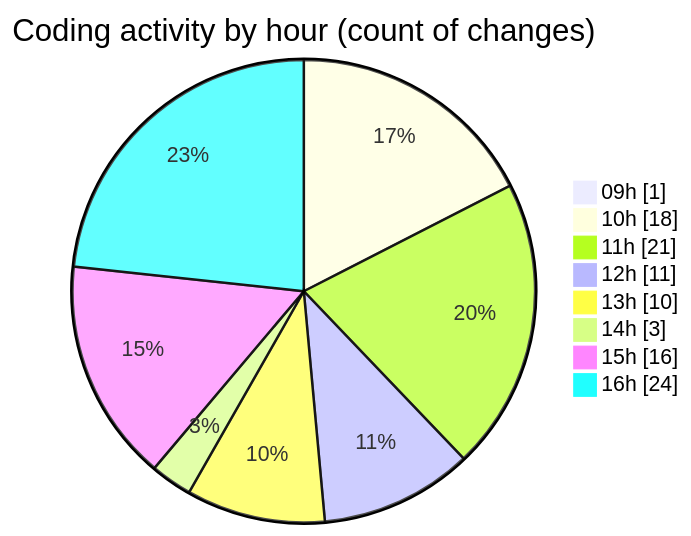
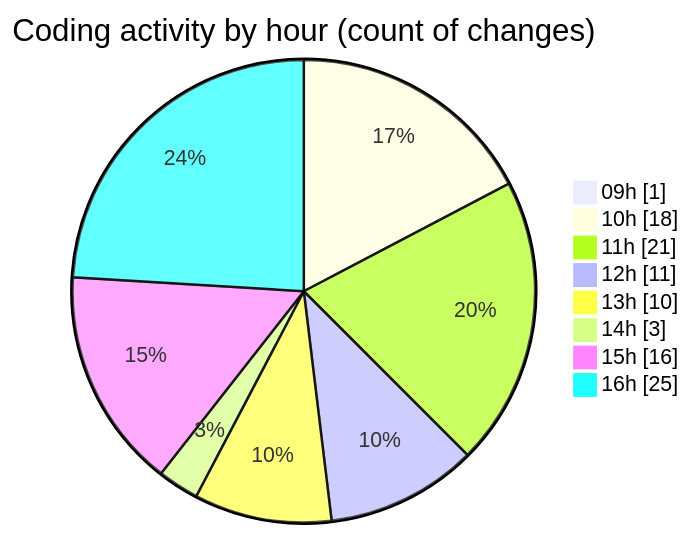
One commit to momahboobian/code-tracking changed the second of 2 diagrams in 2026-08-11/cda/README.md. Above: the diagram before and after it, drawn with Mermaid. The commit also changed other lines of this file and 1 other file, not shown here.

````diff
--- a/2026-08-11/cda/README.md
+++ b/2026-08-11/cda/README.md
@@ -73,12 +74,12 @@
 ```mermaid
 pie showData
 title Coding activity by hour (count of changes)
 "09h" : 1
 "10h" : 18
 "11h" : 21
 "12h" : 11
 "13h" : 10
 "14h" : 3
 "15h" : 16
-"16h" : 24
+"16h" : 25
 ```
````
